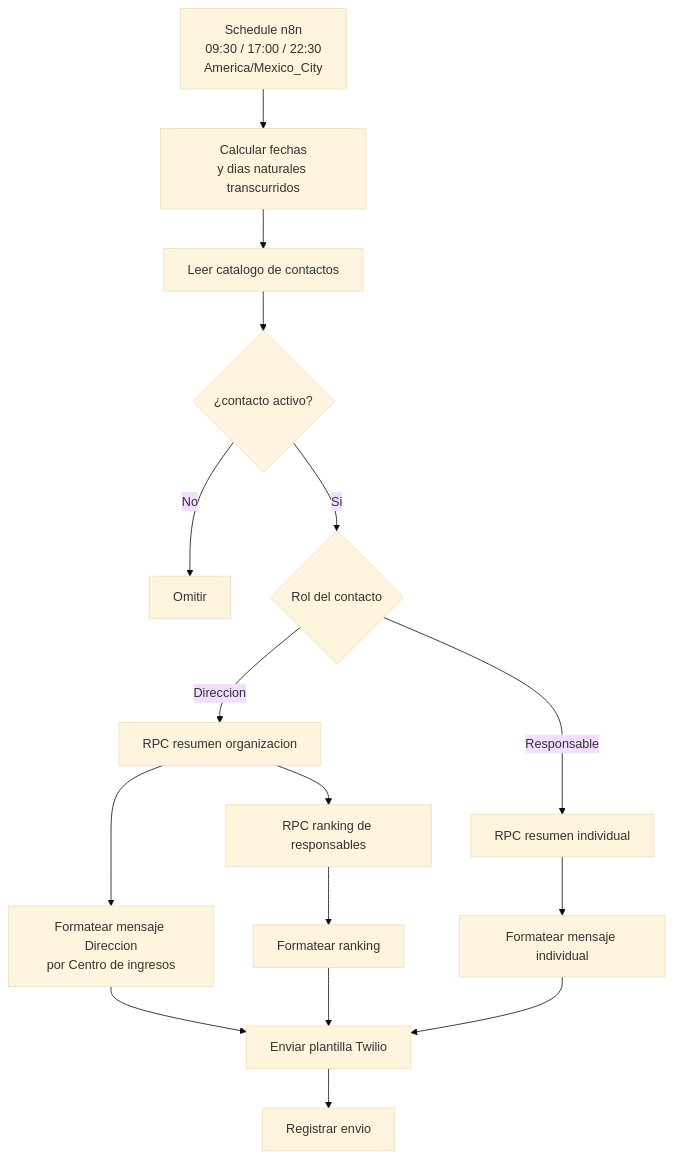
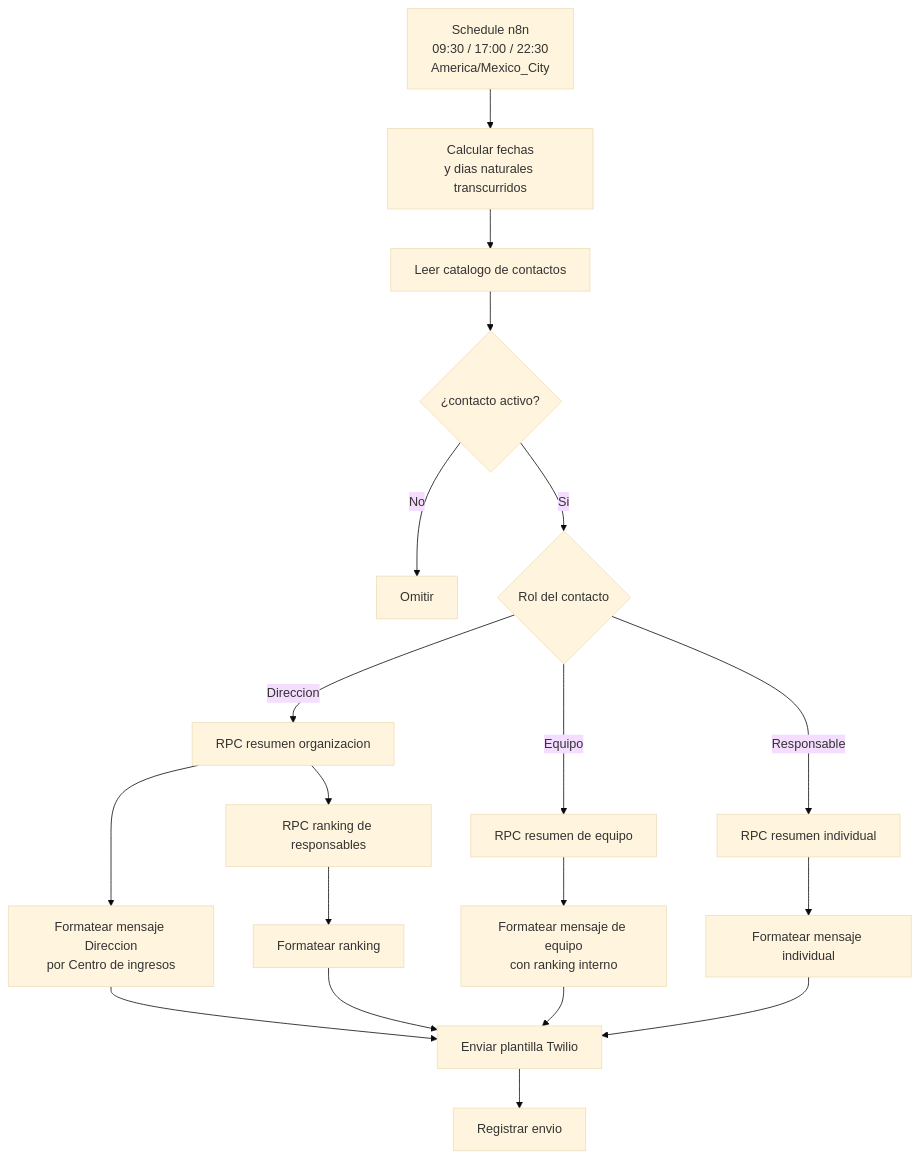
Before and after one commit to garantiplusmexico/enginecx_prd: the second of 3 diagrams in Go Virtual/atenea-go-virtual/PRD.md, drawn with Mermaid (base theme). The commit also changed other lines of this file, not shown here.

First line of the commit message:
atenea-go-virtual PRD v0.2 - nivel Equipo y hallazgos de TOOL COMERCIAL

````diff
--- a/Go Virtual/atenea-go-virtual/PRD.md
+++ b/Go Virtual/atenea-go-virtual/PRD.md
@@ -169,18 +174,21 @@
 ```mermaid
 flowchart TD
     A["Schedule n8n<br/>09:30 / 17:00 / 22:30<br/>America/Mexico_City"] --> B["Calcular fechas<br/>y dias naturales transcurridos"]
     B --> C["Leer catalogo de contactos"]
     C --> D{"¿contacto activo?"}
     D -->|No| E["Omitir"]
     D -->|Si| F{"Rol del contacto"}
     F -->|Direccion| G["RPC resumen organizacion"]
+    F -->|Equipo| P["RPC resumen de equipo"]
     F -->|Responsable| H["RPC resumen individual"]
     G --> I["Formatear mensaje Direccion<br/>por Centro de ingresos"]
     G --> J["RPC ranking de responsables"]
     J --> K["Formatear ranking"]
+    P --> Q["Formatear mensaje de equipo<br/>con ranking interno"]
     H --> L["Formatear mensaje individual"]
     I --> M["Enviar plantilla Twilio"]
     K --> M
+    Q --> M
     L --> M
     M --> N["Registrar envio"]
 ```
````
